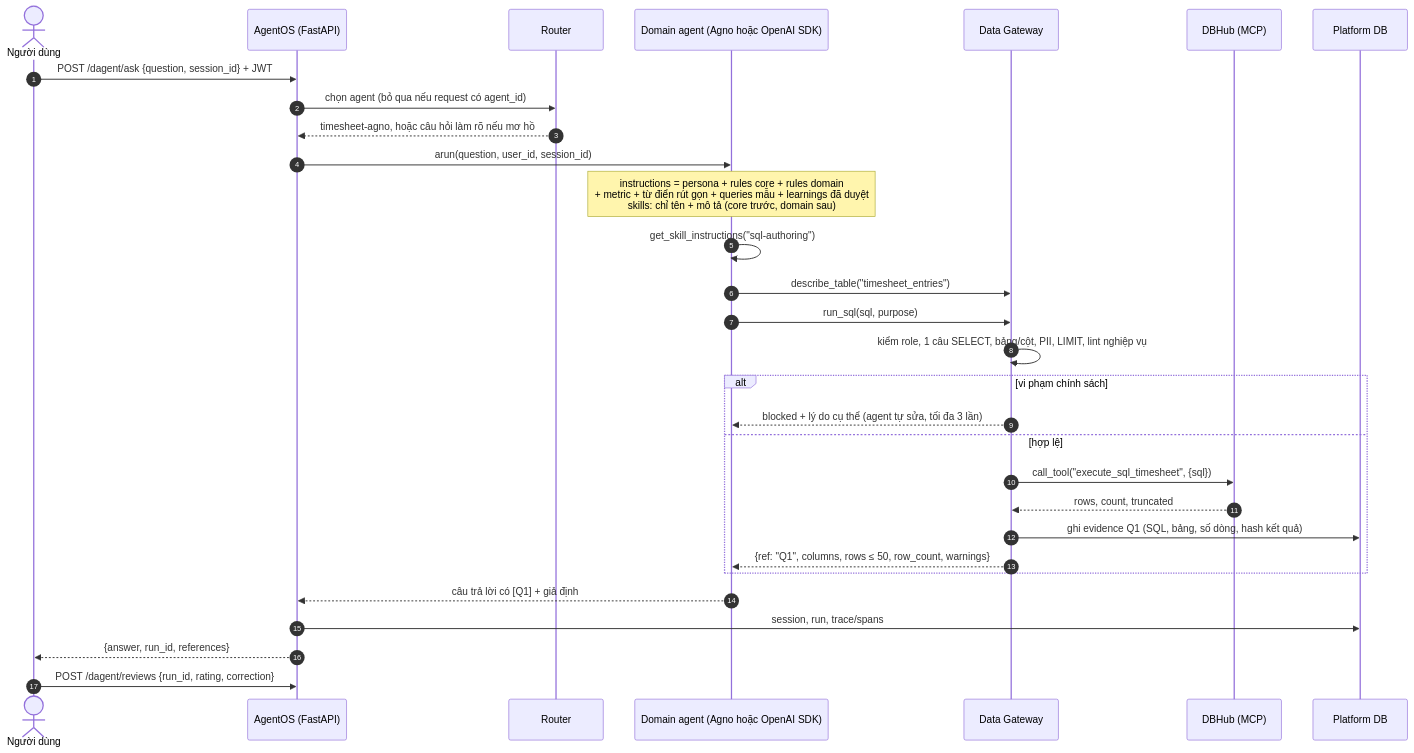
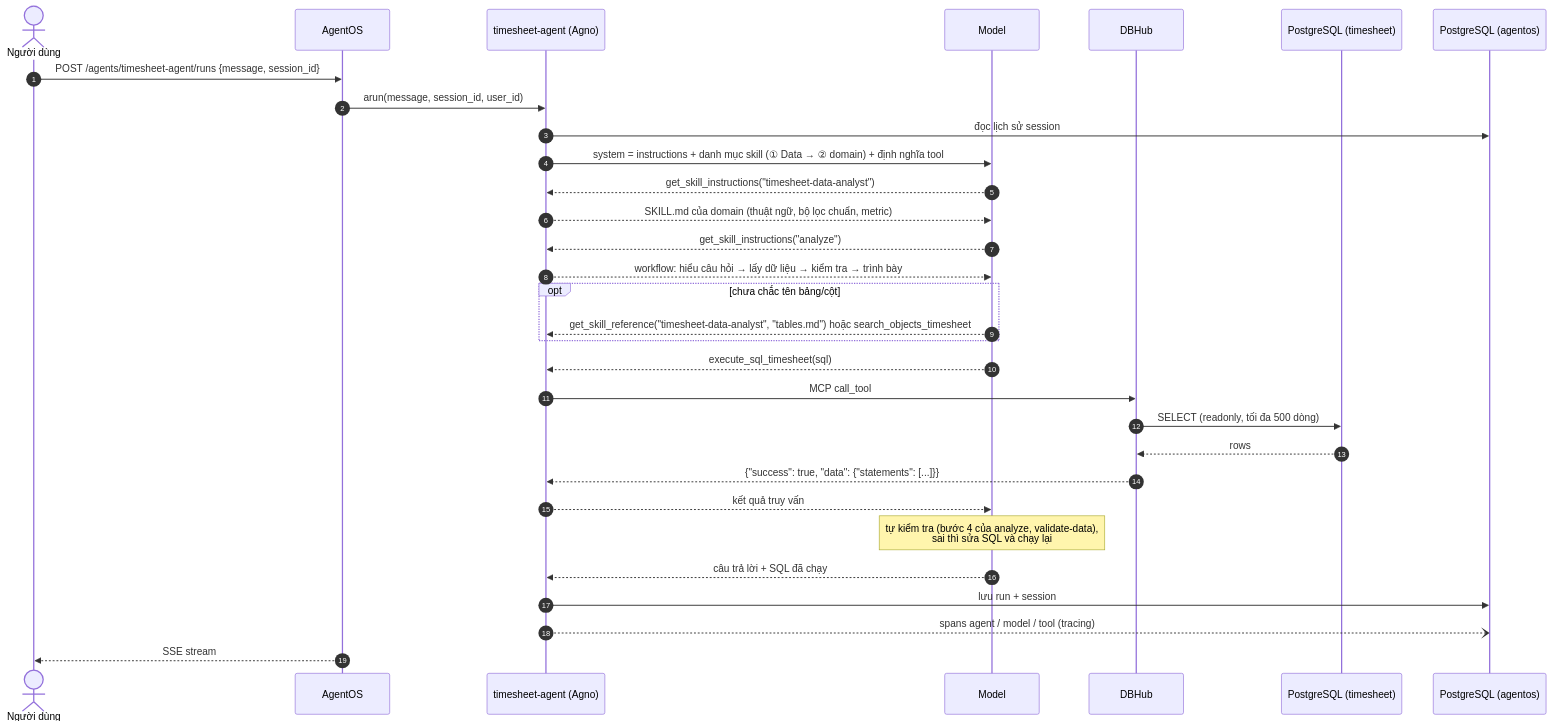
One commit to superken-python/ai-architecture changed the second of 4 diagrams in projects/cmb-09-data-agent-os/docs/01-kien-truc.md. Above: the diagram before and after it, drawn with Mermaid. The commit also changed other lines of this file and 12 other files, not shown here.

First line of the commit message:
CMB-09: kiến trúc v2 cho POC tối giản, dùng lại skill của Data plugin

````diff
--- a/projects/cmb-09-data-agent-os/docs/01-kien-truc.md
+++ b/projects/cmb-09-data-agent-os/docs/01-kien-truc.md
@@ -49,32 +75,33 @@
 ```mermaid
 sequenceDiagram
     autonumber
     actor U as Người dùng
-    participant OS as AgentOS (FastAPI)
-    participant R as Router
-    participant A as Domain agent (Agno hoặc OpenAI SDK)
-    participant G as Data Gateway
-    participant H as DBHub (MCP)
-    participant DB as Platform DB
-    U->>OS: POST /dagent/ask {question, session_id} + JWT
-    OS->>R: chọn agent (bỏ qua nếu request có agent_id)
-    R-->>OS: timesheet-agno, hoặc câu hỏi làm rõ nếu mơ hồ
-    OS->>A: arun(question, user_id, session_id)
-    Note over A: instructions = persona + rules core + rules domain<br/>+ metric + từ điển rút gọn + queries mẫu + learnings đã duyệt<br/>skills: chỉ tên + mô tả (core trước, domain sau)
-    A->>A: get_skill_instructions("sql-authoring")
-    A->>G: describe_table("timesheet_entries")
-    A->>G: run_sql(sql, purpose)
-    G->>G: kiểm role, 1 câu SELECT, bảng/cột, PII, LIMIT, lint nghiệp vụ
-    alt vi phạm chính sách
-        G-->>A: blocked + lý do cụ thể (agent tự sửa, tối đa 3 lần)
-    else hợp lệ
-        G->>H: call_tool("execute_sql_timesheet", {sql})
-        H-->>G: rows, count, truncated
-        G->>DB: ghi evidence Q1 (SQL, bảng, số dòng, hash kết quả)
-        G-->>A: {ref: "Q1", columns, rows ≤ 50, row_count, warnings}
+    participant OS as AgentOS
+    participant A as timesheet-agent (Agno)
+    participant LLM as Model
+    participant HUB as DBHub
+    participant DATA as PostgreSQL (timesheet)
+    participant PG as PostgreSQL (agentos)
+    U->>OS: POST /agents/timesheet-agent/runs {message, session_id}
+    OS->>A: arun(message, session_id, user_id)
+    A->>PG: đọc lịch sử session
+    A->>LLM: system = instructions + danh mục skill (① Data → ② domain) + định nghĩa tool
+    LLM-->>A: get_skill_instructions("timesheet-data-analyst")
+    A-->>LLM: SKILL.md của domain (thuật ngữ, bộ lọc chuẩn, metric)
+    LLM-->>A: get_skill_instructions("analyze")
+    A-->>LLM: workflow: hiểu câu hỏi → lấy dữ liệu → kiểm tra → trình bày
+    opt chưa chắc tên bảng/cột
+        LLM-->>A: get_skill_reference("timesheet-data-analyst", "tables.md") hoặc search_objects_timesheet
     end
-    A-->>OS: câu trả lời có [Q1] + giả định
-    OS->>DB: session, run, trace/spans
-    OS-->>U: {answer, run_id, references}
-    U->>OS: POST /dagent/reviews {run_id, rating, correction}
+    LLM-->>A: execute_sql_timesheet(sql)
+    A->>HUB: MCP call_tool
+    HUB->>DATA: SELECT (readonly, tối đa 500 dòng)
+    DATA-->>HUB: rows
+    HUB-->>A: {"success": true, "data": {"statements": [...]}}
+    A-->>LLM: kết quả truy vấn
+    Note over LLM: tự kiểm tra (bước 4 của analyze, validate-data),<br/>sai thì sửa SQL và chạy lại
+    LLM-->>A: câu trả lời + SQL đã chạy
+    A->>PG: lưu run + session
+    A--)PG: spans agent / model / tool (tracing)
+    OS-->>U: SSE stream
 ```
````
